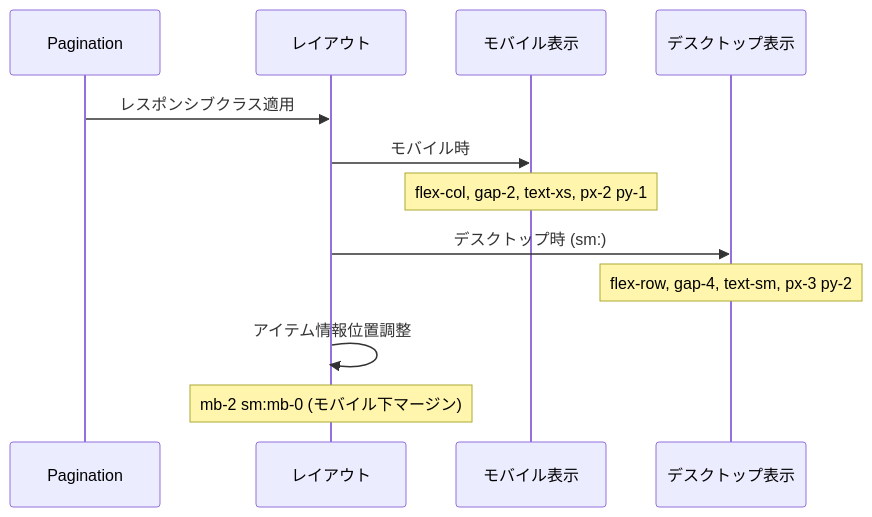
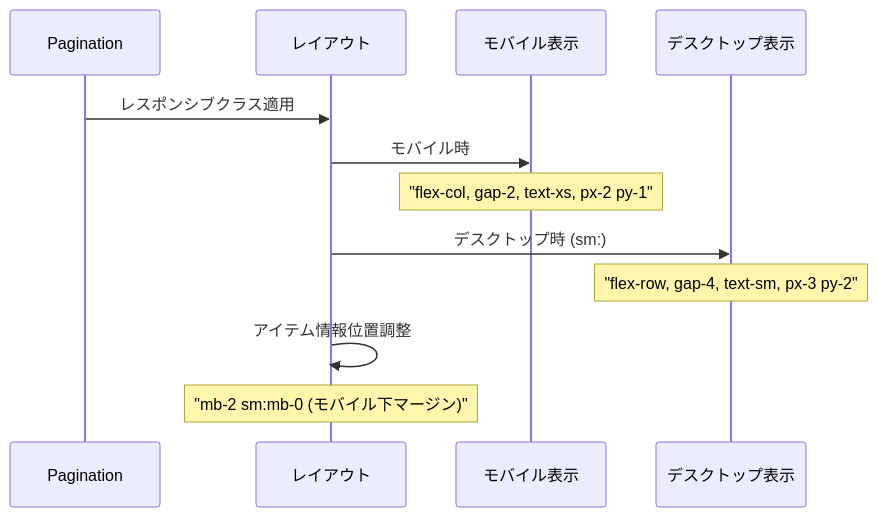
Before and after one commit to wasabi49/ocs-systemDevelopmentExercises: the seventh of 10 diagrams in document/components/sequence/Pagination.md, drawn with Mermaid. The commit also changed other lines of this file and 42 other files, not shown here.

First line of the commit message:
fix: mermaidシーケンス図のNote over文でダブルクォーテーション不足を修正

````diff
--- a/document/components/sequence/Pagination.md
+++ b/document/components/sequence/Pagination.md
@@ -149,18 +149,18 @@
 ```mermaid
 sequenceDiagram
     participant Pagination as Pagination
     participant Layout as レイアウト
     participant Mobile as モバイル表示
     participant Desktop as デスクトップ表示
 
     Pagination->>Layout: レスポンシブクラス適用
     
     Layout->>Mobile: モバイル時
-    Note over Mobile: flex-col, gap-2, text-xs, px-2 py-1
+    Note over Mobile: "flex-col, gap-2, text-xs, px-2 py-1"
     
     Layout->>Desktop: デスクトップ時 (sm:)
-    Note over Desktop: flex-row, gap-4, text-sm, px-3 py-2
+    Note over Desktop: "flex-row, gap-4, text-sm, px-3 py-2"
     
     Layout->>Layout: アイテム情報位置調整
-    Note over Layout: mb-2 sm:mb-0 (モバイル下マージン)
+    Note over Layout: "mb-2 sm:mb-0 (モバイル下マージン)"
 ```
````
